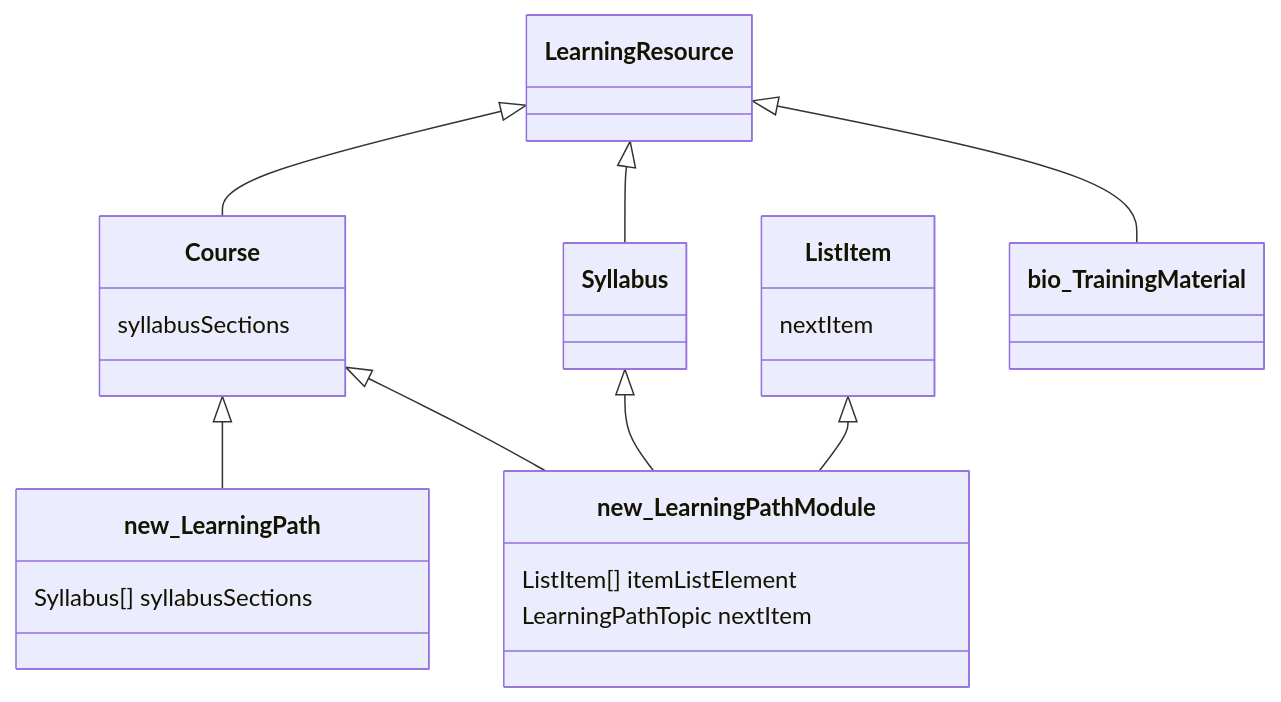
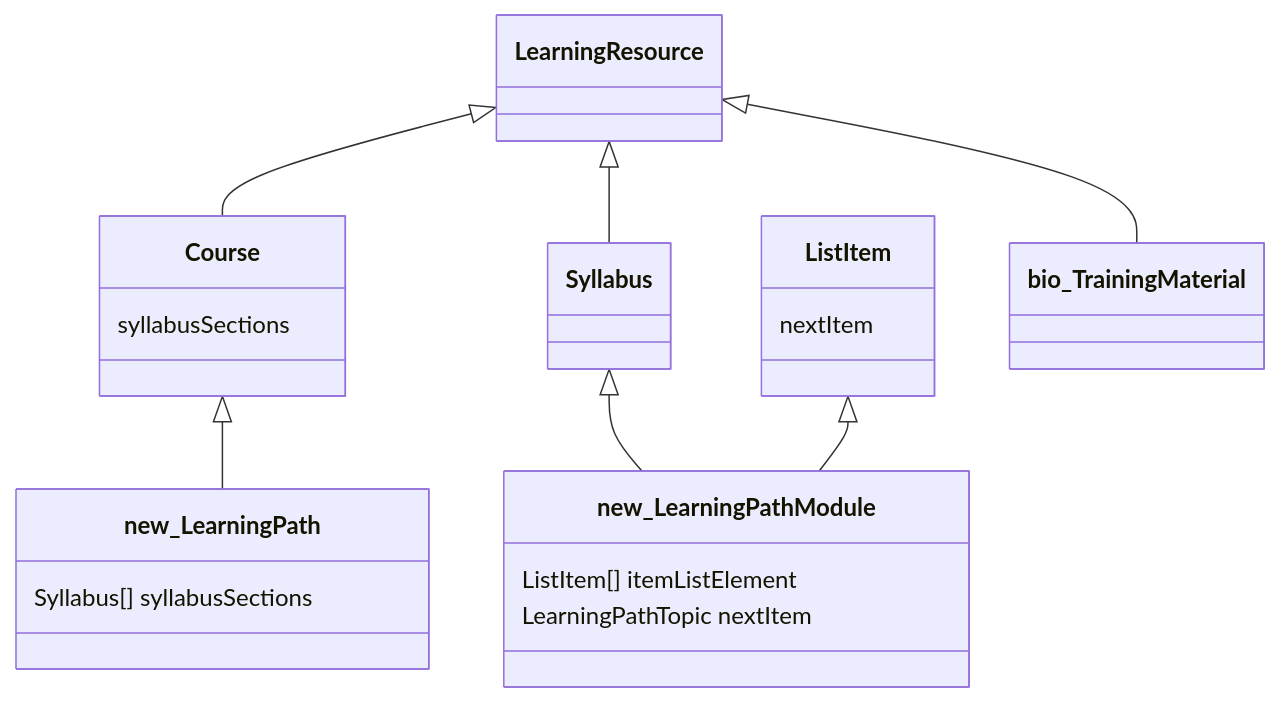
The second of 2 diagrams in README.md (BioSchemas/LearningPath-sandbox), drawn with Mermaid before and after one commit.

Commit message:
Remove old relation from class diagram

````diff
--- a/README.md
+++ b/README.md
@@ -124,30 +124,29 @@
 ```mermaid
 classDiagram
 direction TB
     class Course {
         syllabusSections
     }
     class new_LearningPath {
         Syllabus[] syllabusSections
     }
     class ListItem {
 	    nextItem
     }
     class Syllabus {   
     }
     class new_LearningPathModule {
         ListItem[] itemListElement
         LearningPathTopic nextItem
     }
     class LearningResource {
     }
     class bio_TrainingMaterial {
     }
     Course <|-- new_LearningPath
-    Course <|-- new_LearningPathModule
     Syllabus <|-- new_LearningPathModule
     ListItem <|-- new_LearningPathModule
     LearningResource <|-- Course
     LearningResource <|-- bio_TrainingMaterial
     LearningResource <|-- Syllabus
 ```
````
